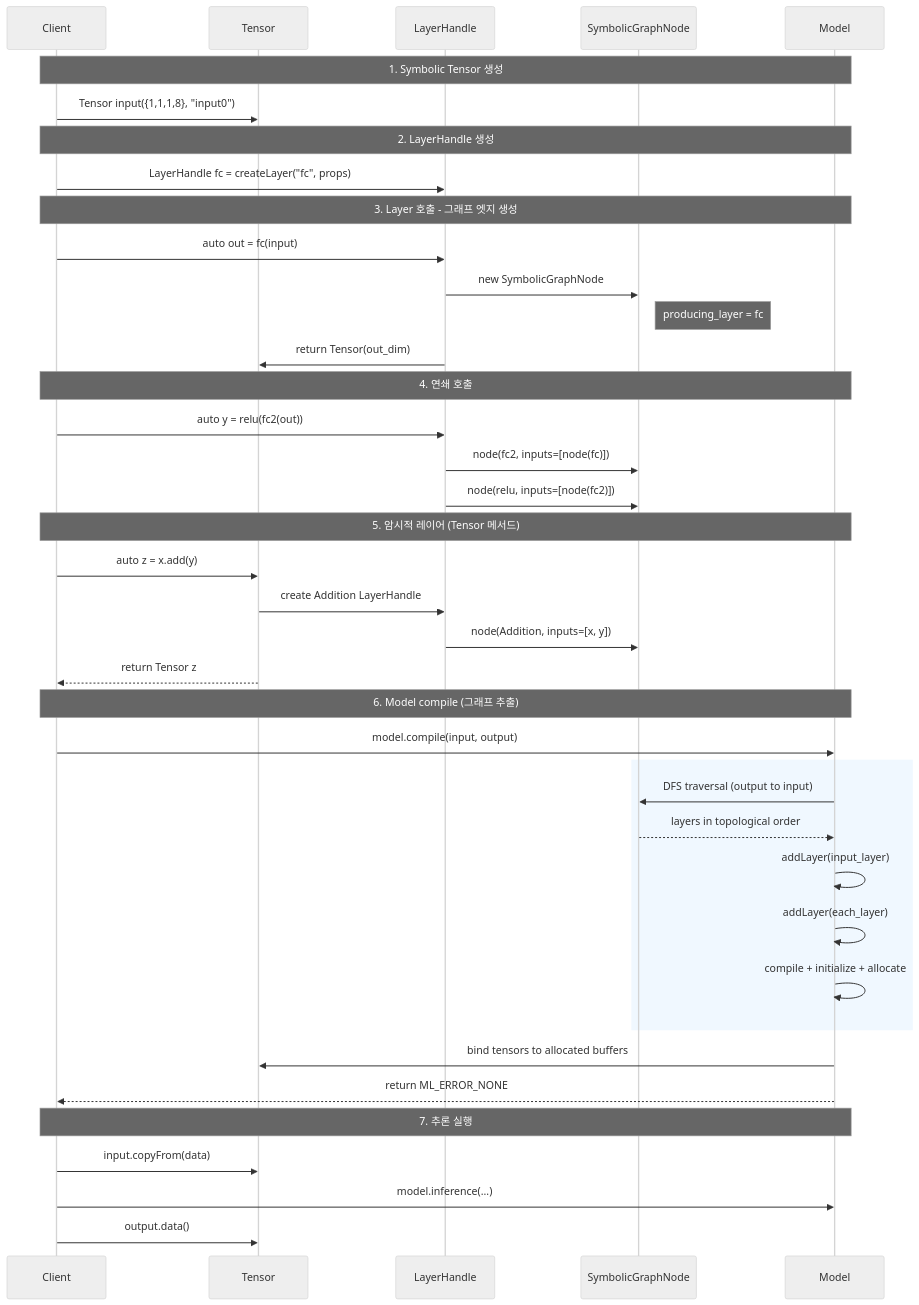
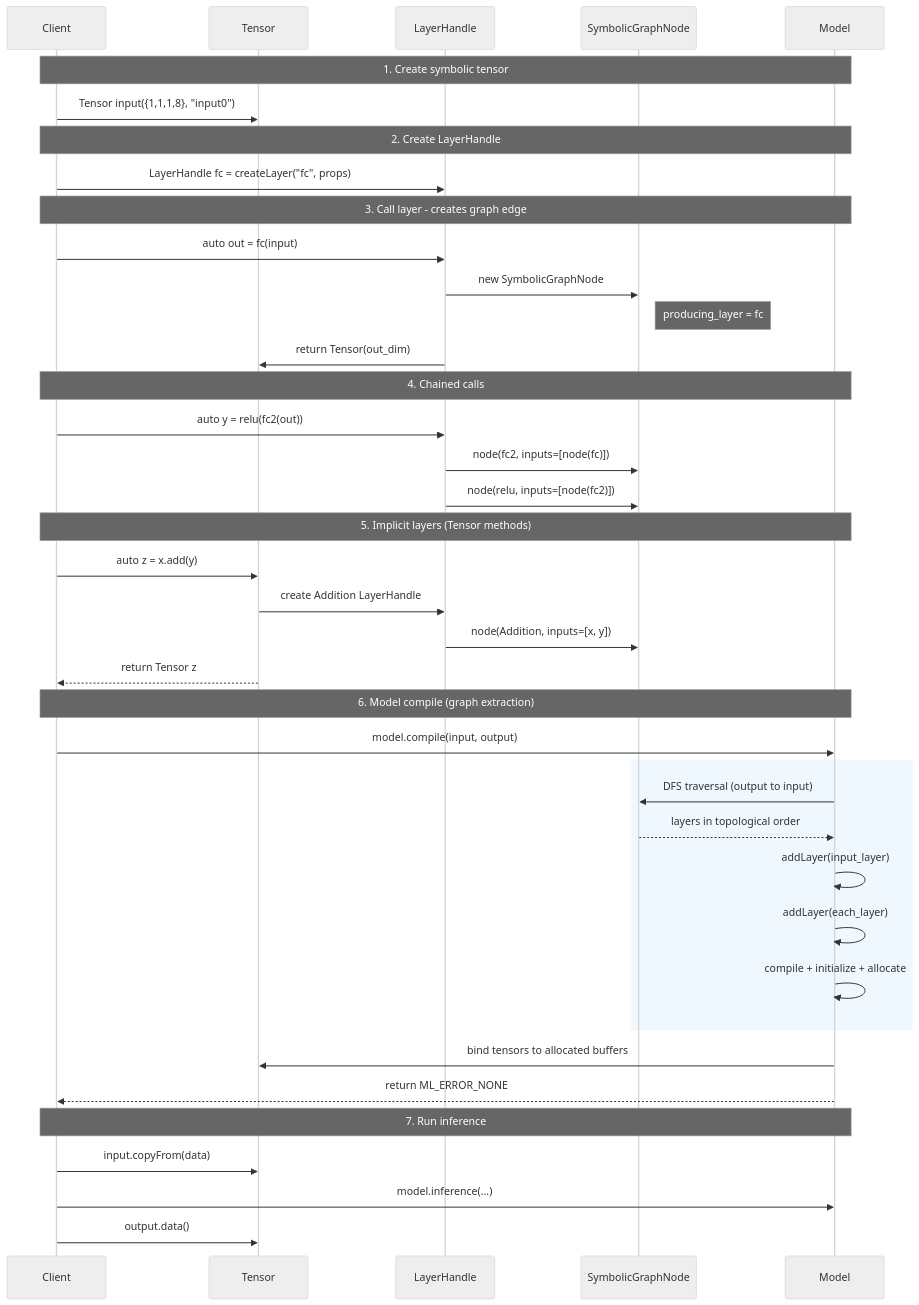
Before and after one commit to jijoongmoon/nntrainer: the third of 6 diagrams in docs/symbolic-tensor-api.md, drawn with Mermaid (neutral theme). The commit also changed other lines of this file, not shown here.

First line of the commit message:
Rewrite Symbolic Tensor API documentation in English

````diff
--- a/docs/symbolic-tensor-api.md
+++ b/docs/symbolic-tensor-api.md
@@ -350,50 +350,50 @@
 ```mermaid
 sequenceDiagram
     participant C as Client
     participant T as Tensor
     participant LH as LayerHandle
     participant SG as SymbolicGraphNode
     participant M as Model
 
-    Note over C,M: 1. Symbolic Tensor 생성
+    Note over C,M: 1. Create symbolic tensor
     C->>T: Tensor input({1,1,1,8}, "input0")
 
-    Note over C,M: 2. LayerHandle 생성
+    Note over C,M: 2. Create LayerHandle
     C->>LH: LayerHandle fc = createLayer("fc", props)
 
-    Note over C,M: 3. Layer 호출 - 그래프 엣지 생성
+    Note over C,M: 3. Call layer - creates graph edge
     C->>LH: auto out = fc(input)
     LH->>SG: new SymbolicGraphNode
     Note right of SG: producing_layer = fc
     LH->>T: return Tensor(out_dim)
 
-    Note over C,M: 4. 연쇄 호출
+    Note over C,M: 4. Chained calls
     C->>LH: auto y = relu(fc2(out))
     LH->>SG: node(fc2, inputs=[node(fc)])
     LH->>SG: node(relu, inputs=[node(fc2)])
 
-    Note over C,M: 5. 암시적 레이어 (Tensor 메서드)
+    Note over C,M: 5. Implicit layers (Tensor methods)
     C->>T: auto z = x.add(y)
     T->>LH: create Addition LayerHandle
     LH->>SG: node(Addition, inputs=[x, y])
     T-->>C: return Tensor z
 
-    Note over C,M: 6. Model compile (그래프 추출)
+    Note over C,M: 6. Model compile (graph extraction)
     C->>M: model.compile(input, output)
 
     rect rgb(240, 248, 255)
         M->>SG: DFS traversal (output to input)
         SG-->>M: layers in topological order
         M->>M: addLayer(input_layer)
         M->>M: addLayer(each_layer)
         M->>M: compile + initialize + allocate
     end
 
     M->>T: bind tensors to allocated buffers
     M-->>C: return ML_ERROR_NONE
 
-    Note over C,M: 7. 추론 실행
+    Note over C,M: 7. Run inference
     C->>T: input.copyFrom(data)
     C->>M: model.inference(...)
     C->>T: output.data()
 ```
````
